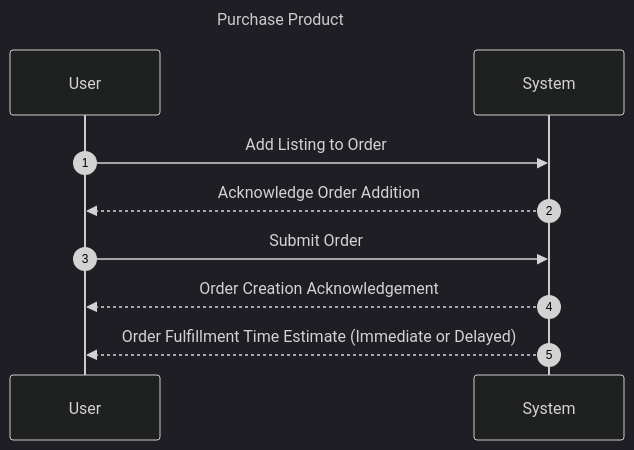
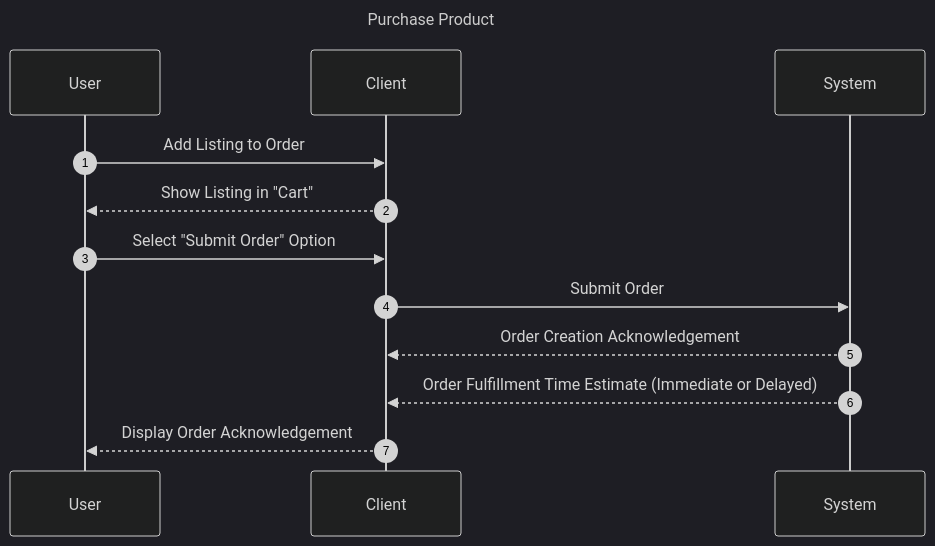
Before and after one commit to cliserkad/ecommerce_prototype: the fifth of 6 diagrams in submittable/system_design_document.md, drawn with Mermaid (dark theme). The commit also changed other lines of this file, not shown here.

Commit message:
add client layer to ssd

````diff
--- a/submittable/system_design_document.md
+++ b/submittable/system_design_document.md
@@ -217,14 +230,17 @@
 ```mermaid
 ---
 title: Purchase Product
 ---
 sequenceDiagram
     autonumber
     participant u as User
+    participant c as Client
     participant s as System
-    u ->> s: Add Listing to Order
-    s -->> u: Acknowledge Order Addition
-    u ->> s: Submit Order
-    s -->> u: Order Creation Acknowledgement
-    s -->> u: Order Fulfillment Time Estimate (Immediate or Delayed)
+    u ->> c: Add Listing to Order
+    c -->> u: Show Listing in "Cart"
+    u ->> c: Select "Submit Order" Option
+    c ->> s: Submit Order
+    s -->> c: Order Creation Acknowledgement
+    s -->> c: Order Fulfillment Time Estimate (Immediate or Delayed)
+    c -->> u: Display Order Acknowledgement
 ```
````
